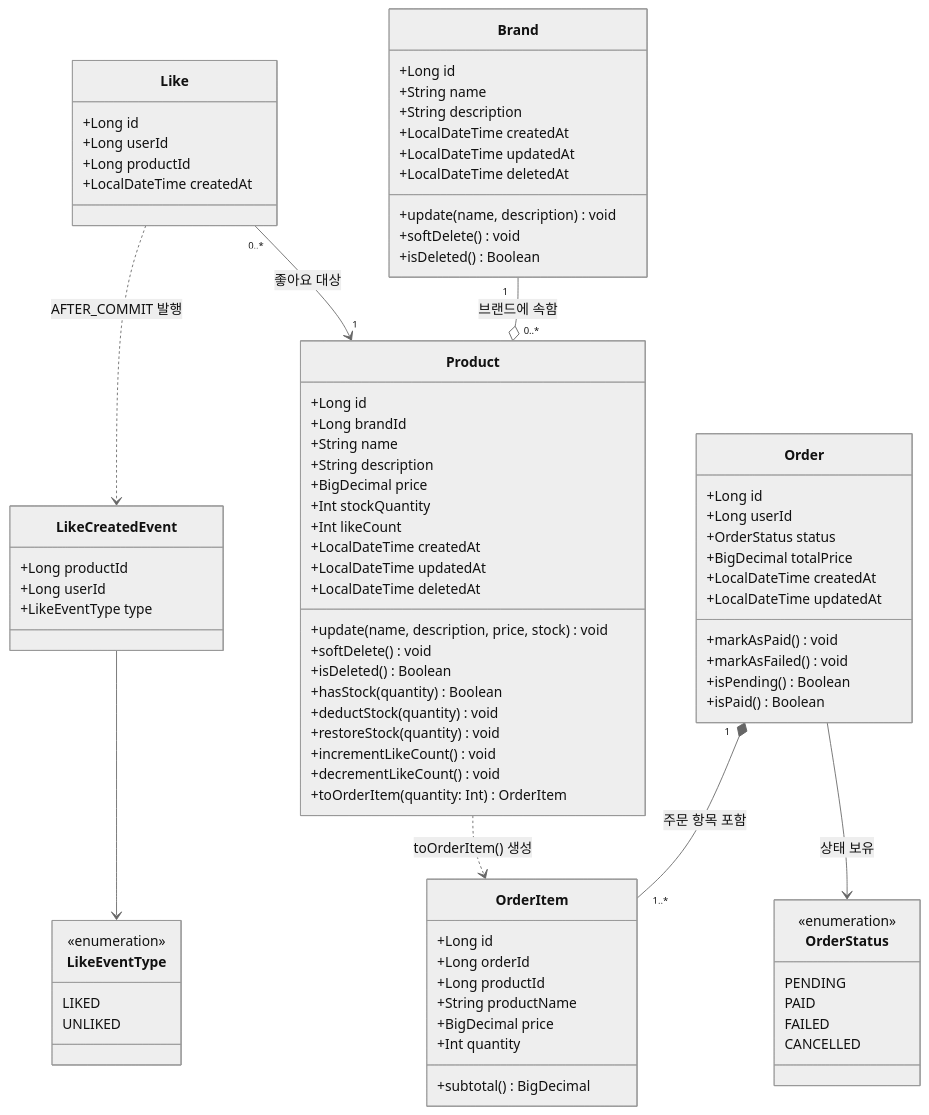
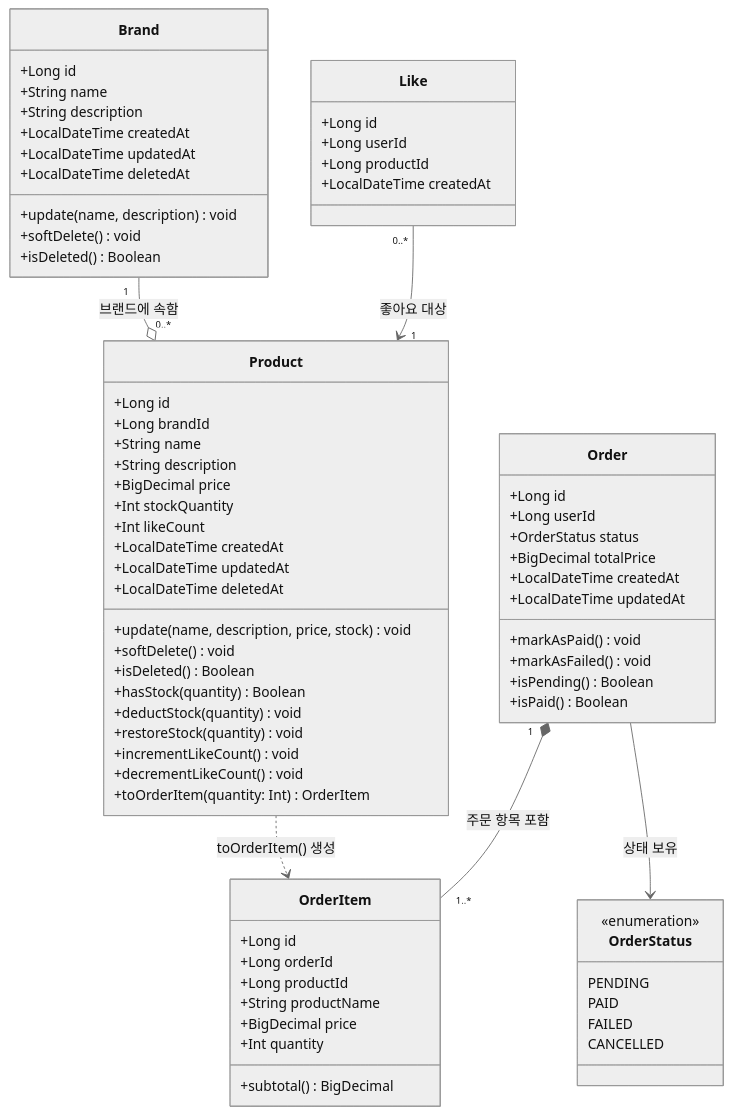
One commit to yeonjoo7/loop-pack-be-l2-vol4-kotlin changed the diagram in docs/week2/03-class-diagram.md. Above: the diagram before and after it, drawn with Mermaid (neutral theme).

Commit message:
docs: remove LikeCreatedEvent from class diagram
애플리케이션 레이어 메커니즘은 도메인 클래스 다이어그램에 포함하지 않음
likeCount 갱신 흐름은 시퀀스 다이어그램에서 표현

https://claude.ai/code/session_019WBWjefkgawTKtp8sDjSwL

````diff
--- a/docs/week2/03-class-diagram.md
+++ b/docs/week2/03-class-diagram.md
@@ -48,18 +48,6 @@
         +incrementLikeCount() void
         +decrementLikeCount() void
         +toOrderItem(quantity: Int) OrderItem
-    }
-
-    class LikeCreatedEvent {
-        +Long productId
-        +Long userId
-        +LikeEventType type
-    }
-
-    class LikeEventType {
-        <<enumeration>>
-        LIKED
-        UNLIKED
     }
 
     class Like {
@@ -105,6 +93,4 @@
     Product ..> OrderItem : toOrderItem() 생성
     Order --> OrderStatus : 상태 보유
     Like "0..*" --> "1" Product : 좋아요 대상
-    Like ..> LikeCreatedEvent : AFTER_COMMIT 발행
-    LikeCreatedEvent --> LikeEventType
 ```
````
